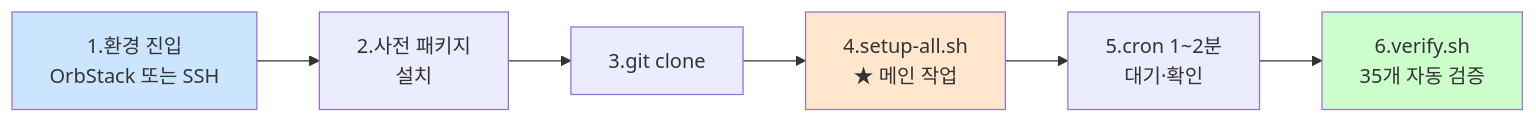
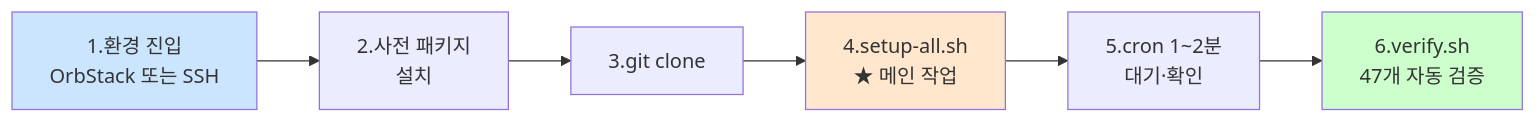
The second of 2 diagrams in README.md (codewhite7777/codyssey_b1_1), drawn with Mermaid before and after one commit. The commit also changed other lines of this file and 3 other files, not shown here.

````diff
--- a/README.md
+++ b/README.md
@@ -148,12 +148,12 @@
 ```mermaid
 flowchart LR
     A["1.환경 진입<br/>OrbStack 또는 SSH"] --> B["2.사전 패키지<br/>설치"]
     B --> C["3.git clone"]
     C --> D["4.setup-all.sh<br/>★ 메인 작업"]
     D --> E["5.cron 1~2분<br/>대기·확인"]
-    E --> F["6.verify.sh<br/>35개 자동 검증"]
+    E --> F["6.verify.sh<br/>47개 자동 검증"]
 
     style A fill:#cce5ff
     style D fill:#ffe6cc
     style F fill:#ccffcc
 ```
````
